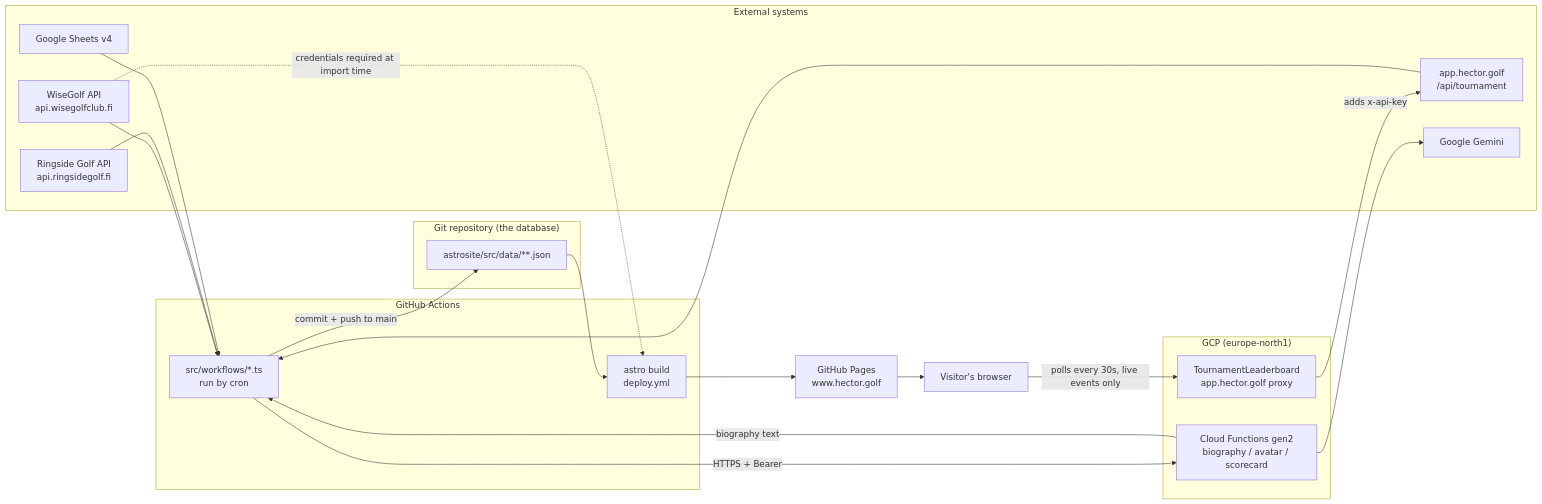
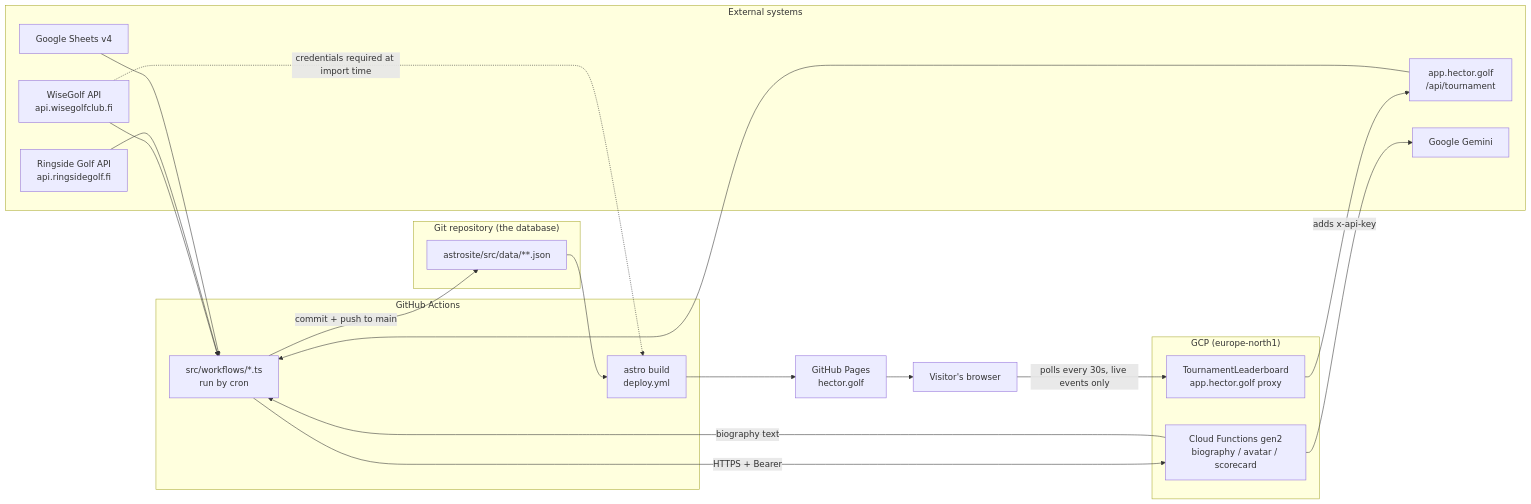
The first of 2 diagrams in docs/architecture.md (hectorgolf/hector.golf), drawn with Mermaid before and after one commit. The commit also changed other lines of this file and 3 other files, not shown here.

First line of the commit message:
Point public/CNAME at the host GitHub Pages actually serves

````diff
--- a/docs/architecture.md
+++ b/docs/architecture.md
@@ -29,42 +29,42 @@
 ```mermaid
 graph LR
     subgraph external["External systems"]
         WG["WiseGolf API<br/>api.wisegolfclub.fi"]
         RG["Ringside Golf API<br/>api.ringsidegolf.fi"]
         GS["Google Sheets v4"]
         APP["app.hector.golf<br/>/api/tournament"]
         GEM["Google Gemini"]
     end
 
     subgraph gcp["GCP (europe-north1)"]
         CF["Cloud Functions gen2<br/>biography / avatar / scorecard"]
         LBP["TournamentLeaderboard<br/>app.hector.golf proxy"]
     end
 
     subgraph gha["GitHub Actions"]
         WF["src/workflows/*.ts<br/>run by cron"]
         BUILD["astro build<br/>deploy.yml"]
     end
 
     subgraph repo["Git repository (the database)"]
         DATA["astrosite/src/data/**.json"]
     end
 
-    PAGES["GitHub Pages<br/>www.hector.golf"]
+    PAGES["GitHub Pages<br/>hector.golf"]
     BROWSER["Visitor's browser"]
 
     WG --> WF
     RG --> WF
     GS --> WF
     APP --> WF
     WF -->|"commit + push to main"| DATA
     WF -->|"HTTPS + Bearer"| CF
     CF --> GEM
     CF -->|"biography text"| WF
     DATA --> BUILD
     WG -.->|"credentials required at import time"| BUILD
     BUILD --> PAGES
     PAGES --> BROWSER
     BROWSER -->|"polls every 30s, live events only"| LBP
     LBP -->|"adds x-api-key"| APP
 ```
````
